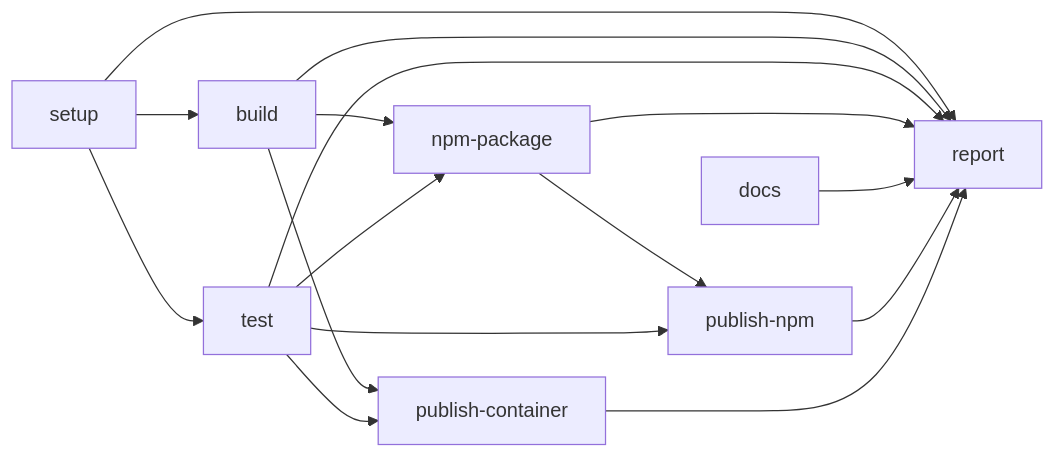
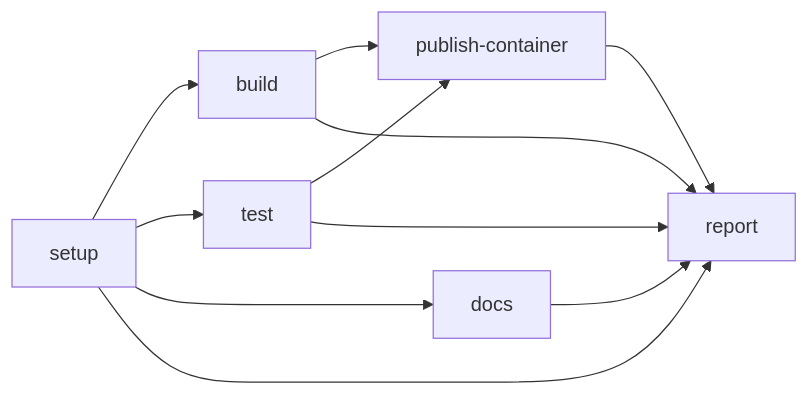
Before and after one commit to rbe/dashboard: the diagram in README.md, drawn with Mermaid. The commit also changed other lines of this file and 7 other files, not shown here.

First line of the commit message:
Run CI as a container-only job graph.

````diff
--- a/README.md
+++ b/README.md
@@ -59,19 +59,13 @@
 ```mermaid
 flowchart LR
   setup --> build
   setup --> test
-  build --> npmPackage["npm-package"]
-  test --> npmPackage
-  docs["docs"]
-  npmPackage --> publishNpm["publish-npm"]
-  test --> publishNpm
+  setup --> docs
   build --> publishContainer["publish-container"]
   test --> publishContainer
   setup --> report
   build --> report
   test --> report
-  npmPackage --> report
   docs --> report
-  publishNpm --> report
   publishContainer --> report
 ```
````
